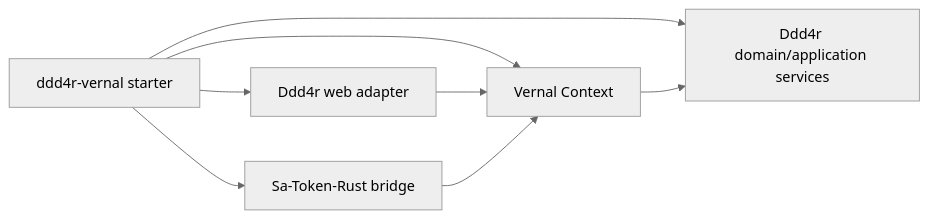
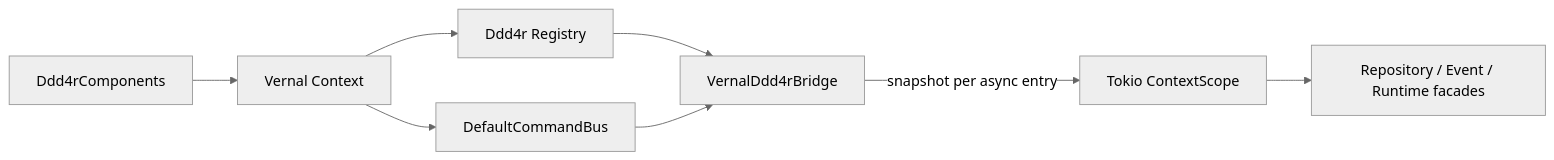
The tenth of 10 diagrams in docs/Vernal-Architecture.zh_CN.md (easy-4-rust/vernal), drawn with Mermaid (neutral theme) before and after one commit. The commit also changed other lines of this file and 5 other files, not shown here.

Commit message:
docs(integration): record Ddd4r Tokio bridge

````diff
--- a/docs/Vernal-Architecture.zh_CN.md
+++ b/docs/Vernal-Architecture.zh_CN.md
@@ -632,10 +640,10 @@
 ```mermaid
 flowchart LR
-    Starter["ddd4r-vernal starter"] --> VC["Vernal Context"]
-    Starter --> Domain["Ddd4r domain/application services"]
-    Starter --> Security["Sa-Token-Rust bridge"]
-    Starter --> Web["Ddd4r web adapter"]
-    VC --> Domain
-    Web --> VC
-    Security --> VC
+    Components["Ddd4rComponents"] --> VC["Vernal Context"]
+    VC --> Registry["Ddd4r Registry"]
+    VC --> Bus["DefaultCommandBus"]
+    Registry --> Bridge["VernalDdd4rBridge"]
+    Bus --> Bridge
+    Bridge -->|"snapshot per async entry"| Scope["Tokio ContextScope"]
+    Scope --> Domain["Repository / Event / Runtime facades"]
 ```
````
